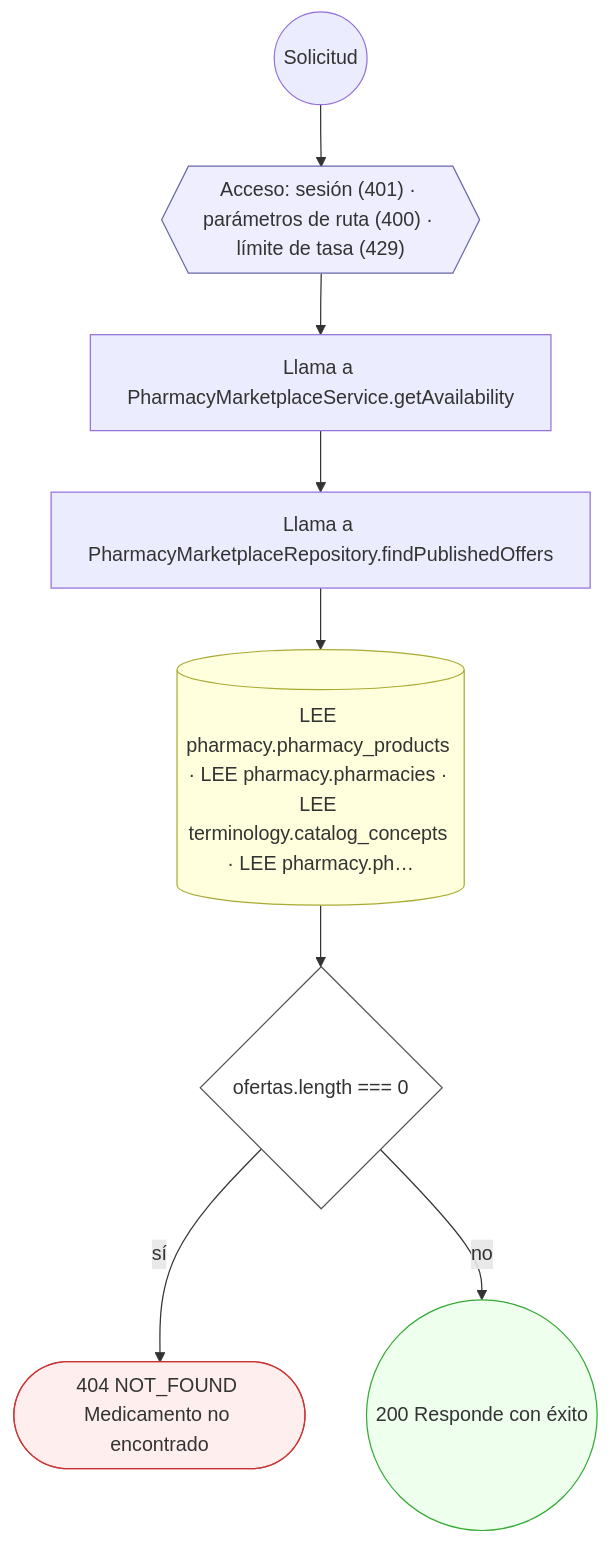
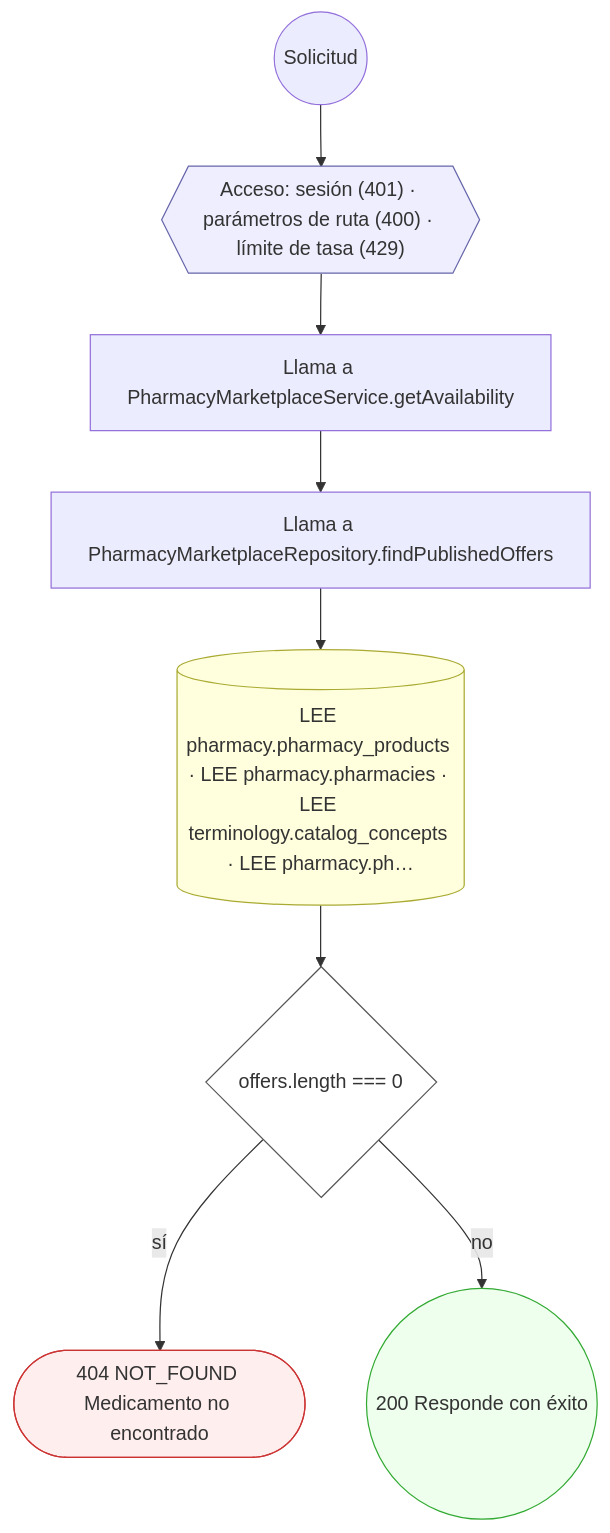
Before and after one commit to mdavila-2001/mantra-core-health-api: diagram 21 of 21 in docs/inventario/flujos/pharmacy.md, drawn with Mermaid. The commit also changed other lines of this file and 451 other files, not shown here.

````diff
--- a/docs/inventario/flujos/pharmacy.md
+++ b/docs/inventario/flujos/pharmacy.md
@@ -1029,24 +1512,24 @@
 ```mermaid
 flowchart TD
   n1(("Solicitud")):::inicio
   n2{{"Acceso: sesión (401) · parámetros de ruta (400) · límite de tasa (429)"}}:::acceso
   n1 --> n2
   n3["Llama a PharmacyMarketplaceService.getAvailability"]:::llamada
   n2 --> n3
   n4["Llama a PharmacyMarketplaceRepository.findPublishedOffers"]:::llamada
   n3 --> n4
   n5[("LEE pharmacy.pharmacy_products · LEE pharmacy.pharmacies · LEE terminology.catalog_concepts · LEE pharmacy.ph…")]:::efecto
   n4 --> n5
-  n6{"ofertas.length === 0"}:::decision
+  n6{"offers.length === 0"}:::decision
   n5 --> n6
   n7(["404 NOT_FOUND Medicamento no encontrado"]):::error
   n6 -->|"sí"| n7
   n8(("200 Responde con éxito")):::ok
   n6 -->|"no"| n8
   classDef acceso fill:#eef,stroke:#66a
   classDef error fill:#fee,stroke:#c33
   classDef ok fill:#efe,stroke:#3a3
   classDef efecto fill:#ffd,stroke:#aa3
   classDef decision fill:#fff,stroke:#555
   classDef corte fill:#eee,stroke:#999,stroke-dasharray: 4
 ```
````
